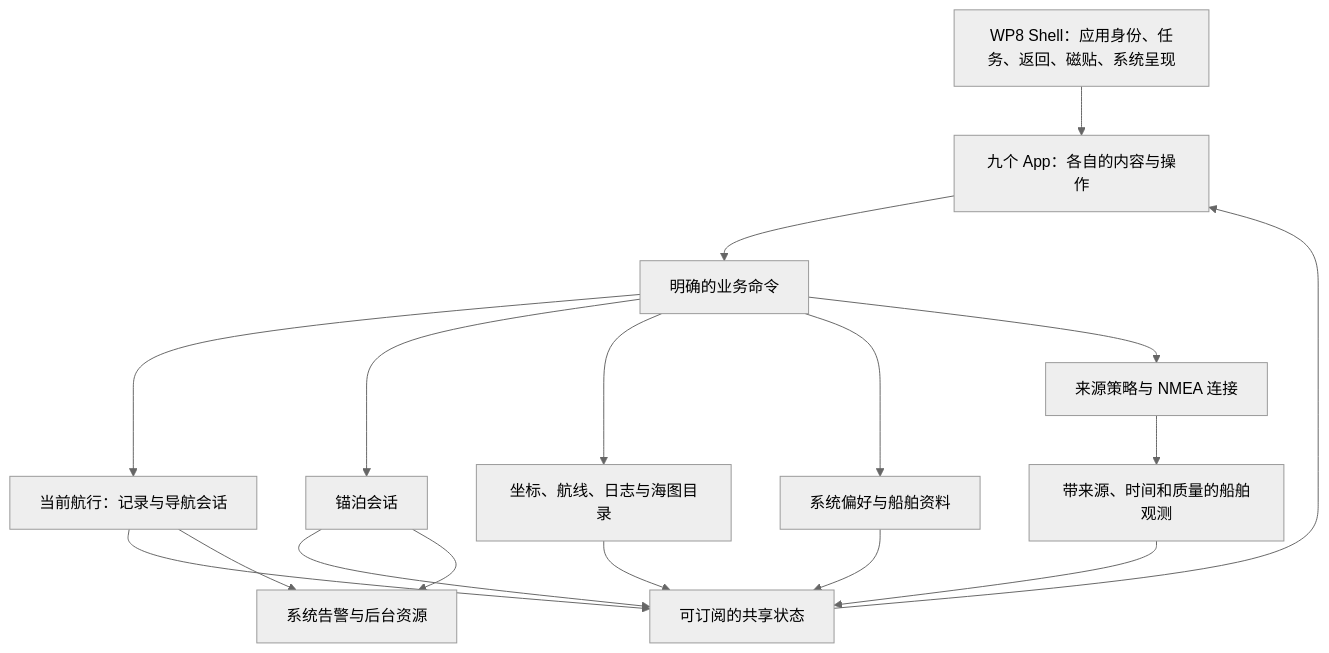
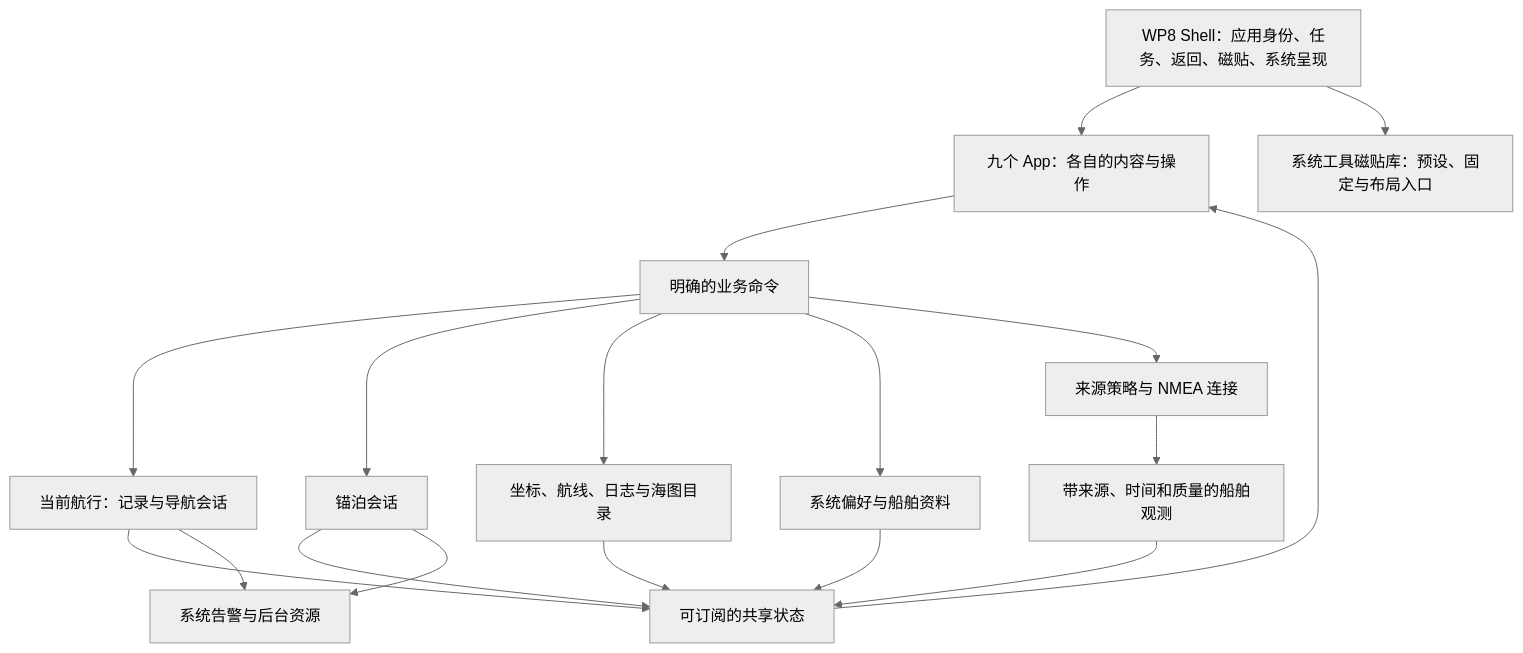
Before and after one commit to ohkuku/yokuli_marine_shell: the diagram in docs/product/OS_DOMAIN_MODEL.md, drawn with Mermaid (neutral theme). The commit also changed other lines of this file and 40 other files, not shown here.

````diff
--- a/docs/product/OS_DOMAIN_MODEL.md
+++ b/docs/product/OS_DOMAIN_MODEL.md
@@ -50,21 +52,22 @@
 ```mermaid
 flowchart TB
   Shell[WP8 Shell：应用身份、任务、返回、磁贴、系统呈现]
   Apps[九个 App：各自的内容与操作]
   Shell --> Apps
+  Shell --> Tiles[系统工具磁贴库：预设、固定与布局入口]
   Apps --> Commands[明确的业务命令]
   State[可订阅的共享状态] --> Apps
   Commands --> Voyage[当前航行：记录与导航会话]
   Commands --> Anchor[锚泊会话]
   Commands --> Saved[坐标、航线、日志与海图目录]
   Commands --> Prefs[系统偏好与船舶资料]
   Commands --> Sources[来源策略与 NMEA 连接]
   Sources --> Data[带来源、时间和质量的船舶观测]
   Data --> State
   Voyage --> State
   Anchor --> State
   Saved --> State
   Prefs --> State
   Anchor --> Alerts[系统告警与后台资源]
   Voyage --> Alerts
 ```
````
